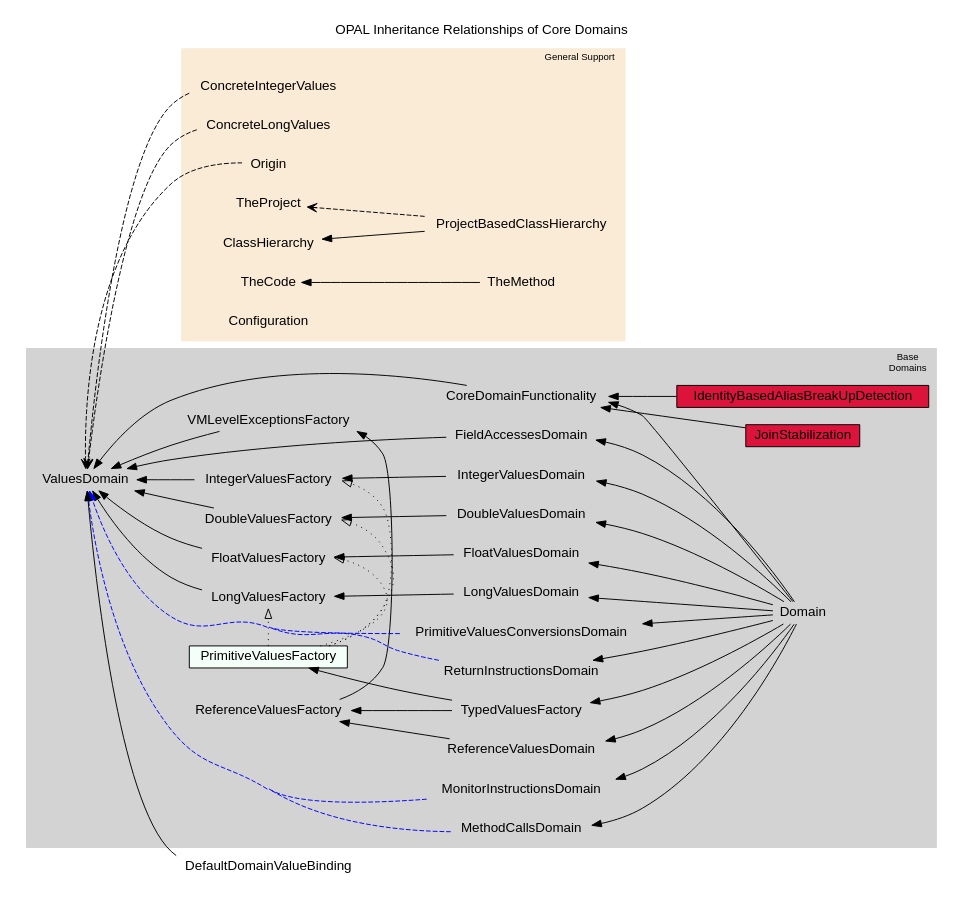
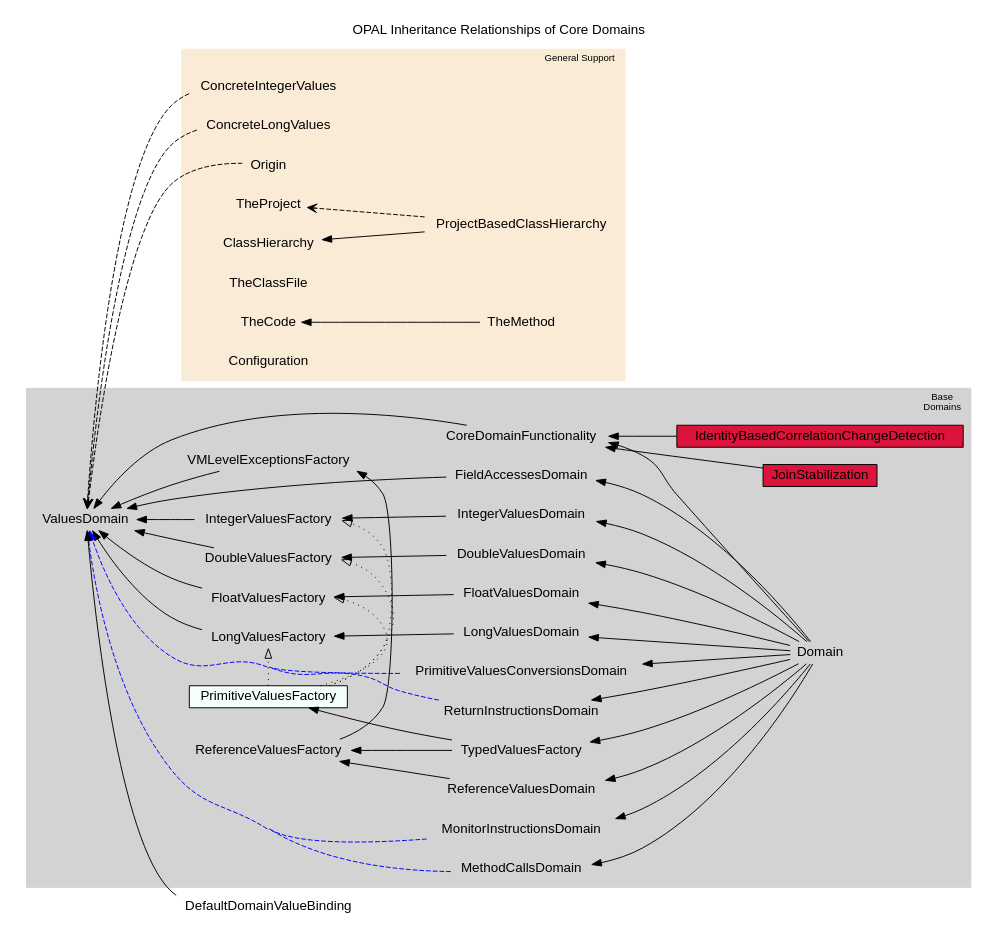
One commit to opalj/opal changed the diagram in OPAL/ai/src/main/scala/org/opalj/ai/OPAL-Domains.dot. Above: the diagram before and after it, drawn with Graphviz. The commit also changed 7 other files, not shown here.

```diff
--- a/OPAL/ai/src/main/scala/org/opalj/ai/OPAL-Domains.dot
+++ b/OPAL/ai/src/main/scala/org/opalj/ai/OPAL-Domains.dot
@@ -1,119 +1,121 @@
 digraph OPALDomains {
 	compound=true;
 	concentrate=true;
 	fontname=Helvetica;
 	dpi=50;
 	node [fontname=Helvetica,shape=plaintext,margin="0.05,0.05",height=0];
 	edge [fontname=Helvetica];
 
 	rankdir = RL;
 
 	subgraph cluster_base_domains {
 		style=filled;
     color=lightgrey;
 		fontsize=10;
 
 		//{rank=sink; CoreDomain;}
 		//{rank=source; Domain;}
 		IntegerValuesDomain -> IntegerValuesFactory -> ValuesDomain;
 		LongValuesDomain -> LongValuesFactory -> ValuesDomain;
 		FloatValuesDomain -> FloatValuesFactory -> ValuesDomain;
 		DoubleValuesDomain -> DoubleValuesFactory -> ValuesDomain;
 		ReferenceValuesDomain -> ReferenceValuesFactory -> VMLevelExceptionsFactory -> ValuesDomain;
 
 		PrimitiveValuesFactory -> IntegerValuesFactory [style=dotted,arrowhead=onormal];
 		PrimitiveValuesFactory -> LongValuesFactory [style=dotted,arrowhead=onormal];
 		PrimitiveValuesFactory -> FloatValuesFactory [style=dotted,arrowhead=onormal];
 		PrimitiveValuesFactory -> DoubleValuesFactory [style=dotted,arrowhead=onormal];
 		PrimitiveValuesFactory [style=filled,fillcolor=mintcream,shape=rectangle];
 
 		JoinStabilization -> CoreDomainFunctionality;
 		JoinStabilization [style=filled,fillcolor=crimson,shape=rectangle];
 
-		IdentityBasedAliasBreakUpDetection -> CoreDomainFunctionality;
-		IdentityBasedAliasBreakUpDetection [style=filled,fillcolor=crimson,shape=rectangle];
+		IdentityBasedCorrelationChangeDetection -> CoreDomainFunctionality;
+		IdentityBasedCorrelationChangeDetection [style=filled,fillcolor=crimson,shape=rectangle];
 
 		Domain -> IntegerValuesDomain;
 		Domain -> LongValuesDomain;
 		Domain -> FloatValuesDomain;
 		Domain -> DoubleValuesDomain;
 		Domain -> ReferenceValuesDomain;
 		Domain -> FieldAccessesDomain -> ValuesDomain;
 		Domain -> MethodCallsDomain;
 		MethodCallsDomain -> ValuesDomain [style=dashed,color=blue];
 		Domain -> MonitorInstructionsDomain;
 		MonitorInstructionsDomain -> ValuesDomain [style=dashed,color=blue];
 		Domain -> ReturnInstructionsDomain;
 		ReturnInstructionsDomain -> ValuesDomain [style=dashed,color=blue];
 		Domain -> PrimitiveValuesConversionsDomain;
 		PrimitiveValuesConversionsDomain -> ValuesDomain [style=dashed,color=blue];
 		Domain -> TypedValuesFactory -> { PrimitiveValuesFactory; ReferenceValuesFactory;};
 		Domain -> CoreDomainFunctionality -> ValuesDomain;
 
 		{rank=same;
 			MethodCallsDomain;
 			FieldAccessesDomain;
 			MonitorInstructionsDomain;
 			ReturnInstructionsDomain;
 			PrimitiveValuesConversionsDomain;
 			ReferenceValuesDomain;
 			IntegerValuesDomain;
 			LongValuesDomain;
 			FloatValuesDomain;
 			DoubleValuesDomain;
 		}
 		{rank=same;
 			ReferenceValuesFactory;
 			VMLevelExceptionsFactory;
 			PrimitiveValuesFactory;
 			IntegerValuesFactory;
 			LongValuesFactory;
 			FloatValuesFactory;
 			DoubleValuesFactory;
 		}
 	  {rank=same;
-			IdentityBasedAliasBreakUpDetection;
+			IdentityBasedCorrelationChangeDetection;
 			JoinStabilization;
 		}
 
 		label="Base\nDomains";
 		labeljust=l;
 	}
 
 	subgraph cluster_helper_domains {
 		style=filled;
 		color=antiquewhite;
 		fontsize=10;
 
 		ConcreteIntegerValues -> ValuesDomain [style=dashed,arrowhead=vee];
 		ConcreteLongValues -> ValuesDomain [style=dashed,arrowhead=vee];
 		Origin -> ValuesDomain [style=dashed,arrowhead=vee];
 		ProjectBasedClassHierarchy -> ClassHierarchy;
 		ProjectBasedClassHierarchy -> TheProject [style=dashed,arrowhead=vee];
 		TheProject;
+		TheClassFile;
 		TheMethod -> TheCode ;
 		Configuration;
 
 	{rank=same;
 		TheCode;
+		TheClassFile;
 		Origin;
 		ClassHierarchy;
 		TheProject;
 		ConcreteIntegerValues;
 		ConcreteLongValues;
 		Configuration;
 	}
 
 		label="General Support";
 		labeljust=l;
 	}
 
 	subgraph l0_domains {
 
 	}
 
 	DefaultDomainValueBinding -> ValuesDomain;
 
 	label = "OPAL Inheritance Relationships of Core Domains";
 	labelloc = "t";
  }
```
